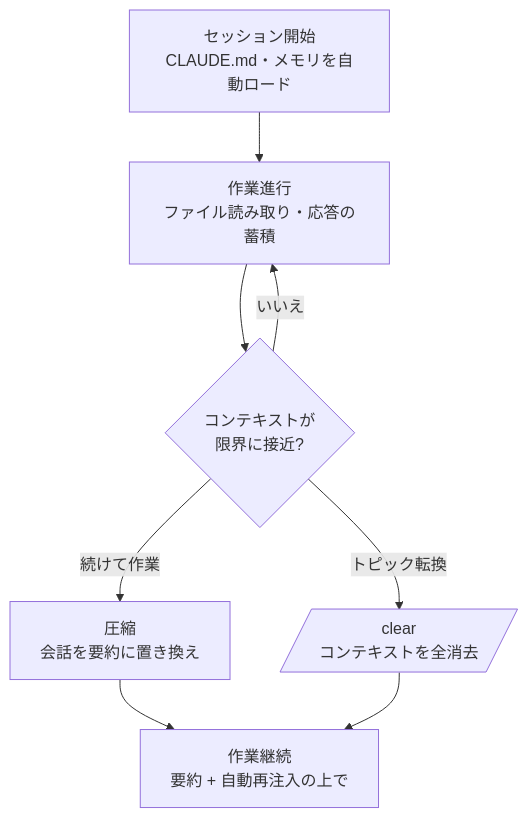
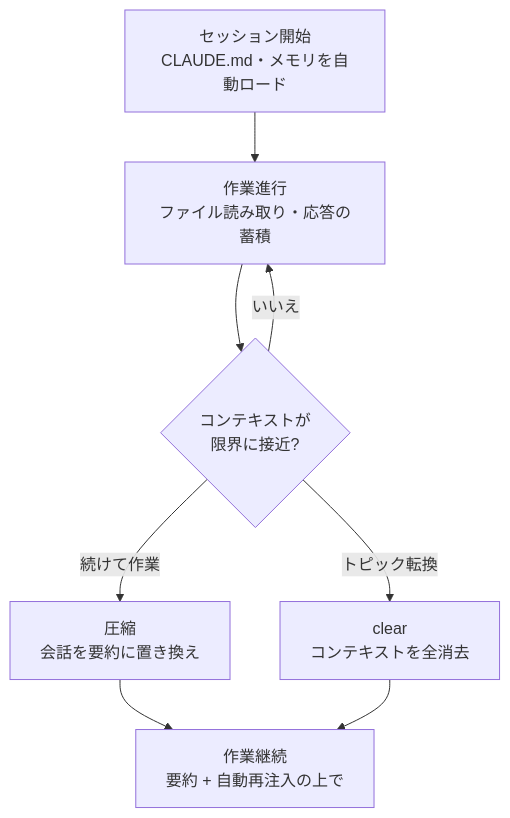
The diagram in docs-site/content/ja/claude-code/context-memory/context-window.md (modu-ai/moai-adk), drawn with Mermaid before and after one commit. The commit also changed 86 other files, not shown here.

First line of the commit message:
docs(ossdocs): v3.1.1 doc-gap landing — 13-page x4-locale + mermaid fixes + version sync + backend-mix

````diff
--- a/docs-site/content/ja/claude-code/context-memory/context-window.md
+++ b/docs-site/content/ja/claude-code/context-memory/context-window.md
@@ -99,10 +99,10 @@
 ```mermaid
 flowchart TD
     A[セッション開始<br>CLAUDE.md・メモリを自動ロード] --> B[作業進行<br>ファイル読み取り・応答の蓄積]
     B --> C{コンテキストが<br>限界に接近?}
     C -->|いいえ| B
     C -->|続けて作業| D[圧縮<br>会話を要約に置き換え]
-    C -->|トピック転換| E[/clear<br>コンテキストを全消去/]
+    C -->|トピック転換| E["clear<br>コンテキストを全消去"]
     D --> F[作業継続<br>要約 + 自動再注入の上で]
     E --> F
 ```
````
